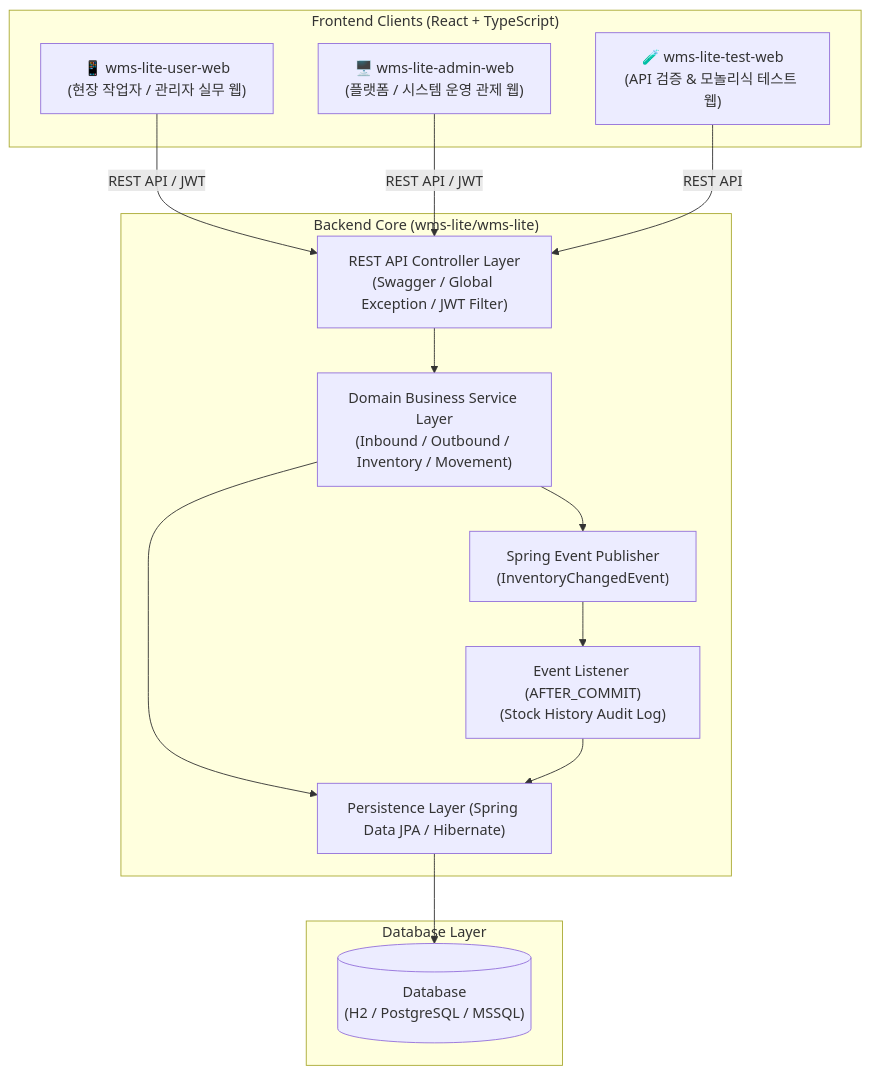
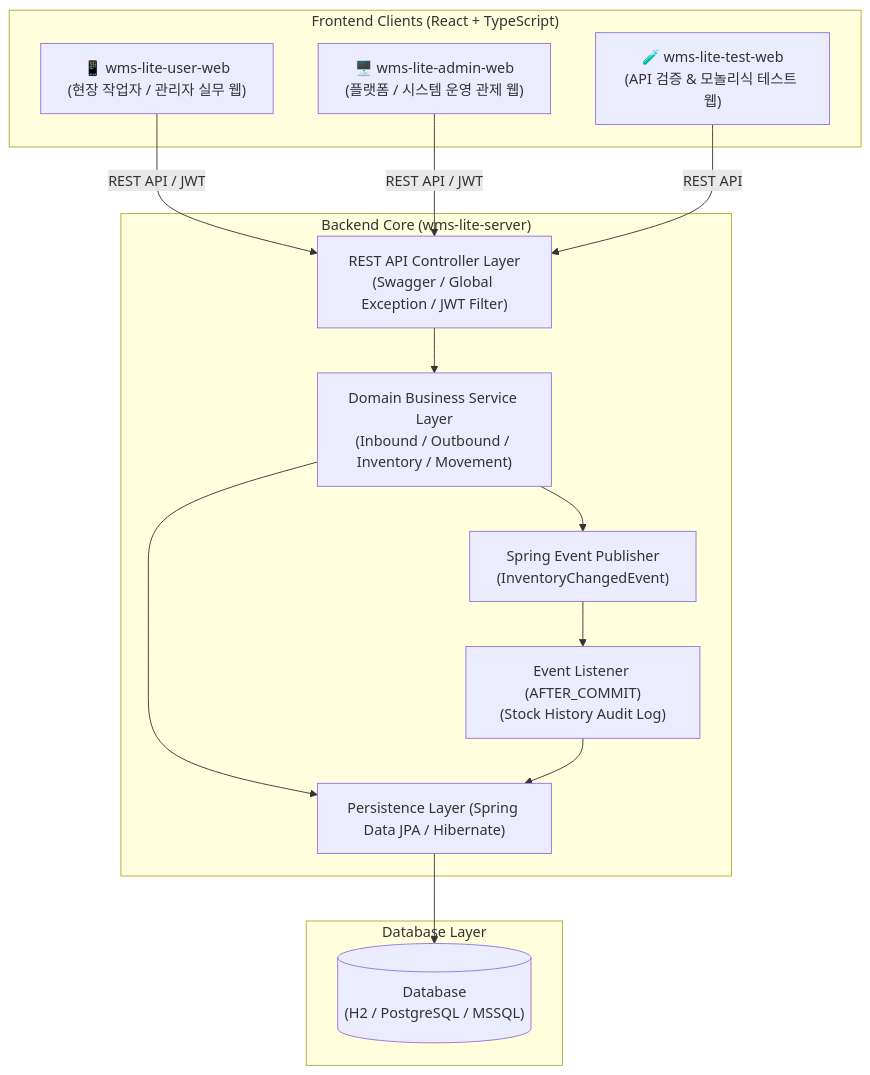
Before and after one commit to RedPromotion/wms-lite: the first of 4 diagrams in README.md, drawn with Mermaid. The commit also changed other lines of this file and 332 other files, not shown here.

````diff
--- a/README.md
+++ b/README.md
@@ -53,31 +53,31 @@
 ```mermaid
 flowchart TD
     subgraph Frontend ["Frontend Clients (React + TypeScript)"]
         UserWeb["📱 wms-lite-user-web\n(현장 작업자 / 관리자 실무 웹)"]
         AdminWeb["🖥️ wms-lite-admin-web\n(플랫폼 / 시스템 운영 관제 웹)"]
         TestWeb["🧪 wms-lite-test-web\n(API 검증 & 모놀리식 테스트 웹)"]
     end
 
-    subgraph Backend ["Backend Core (wms-lite/wms-lite)"]
+    subgraph Backend ["Backend Core (wms-lite-server)"]
         Gateway["REST API Controller Layer\n(Swagger / Global Exception / JWT Filter)"]
         Service["Domain Business Service Layer\n(Inbound / Outbound / Inventory / Movement)"]
         EventBus["Spring Event Publisher\n(InventoryChangedEvent)"]
         EventListener["Event Listener (AFTER_COMMIT)\n(Stock History Audit Log)"]
         DataLayer["Persistence Layer (Spring Data JPA / Hibernate)"]
     end
 
     subgraph Database ["Database Layer"]
         DB[("Database\n(H2 / PostgreSQL / MSSQL)")]
     end
 
     UserWeb -->|REST API / JWT| Gateway
     AdminWeb -->|REST API / JWT| Gateway
     TestWeb -->|REST API| Gateway
 
     Gateway --> Service
     Service --> EventBus
     EventBus --> EventListener
     Service --> DataLayer
     EventListener --> DataLayer
     DataLayer --> DB
 ```
````
